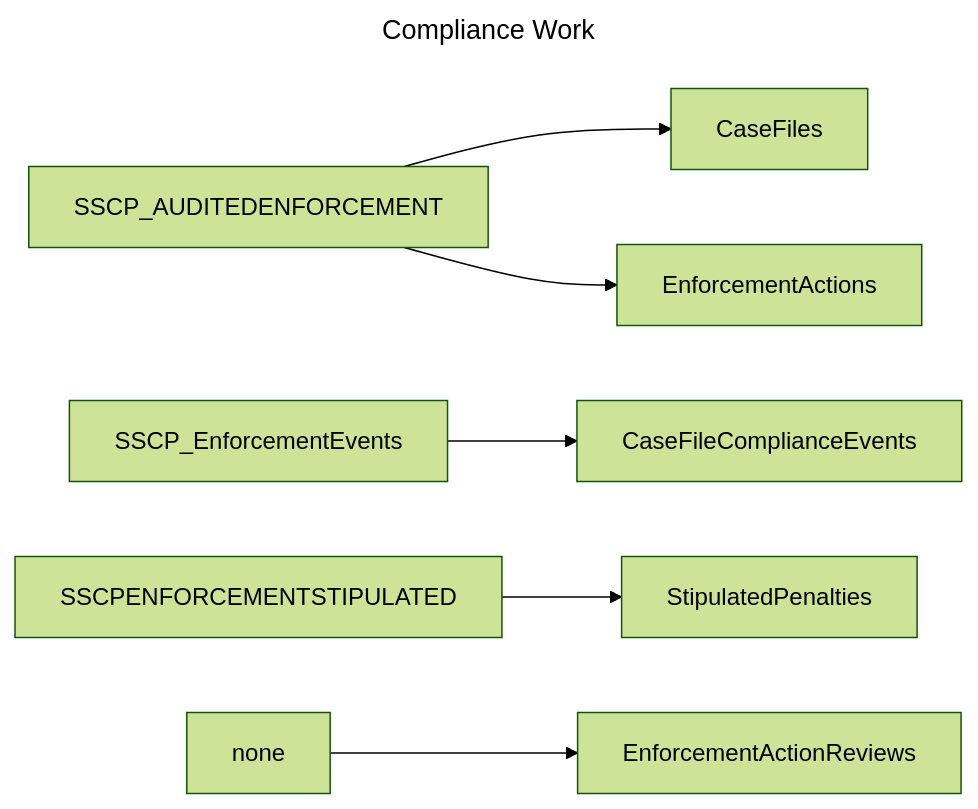
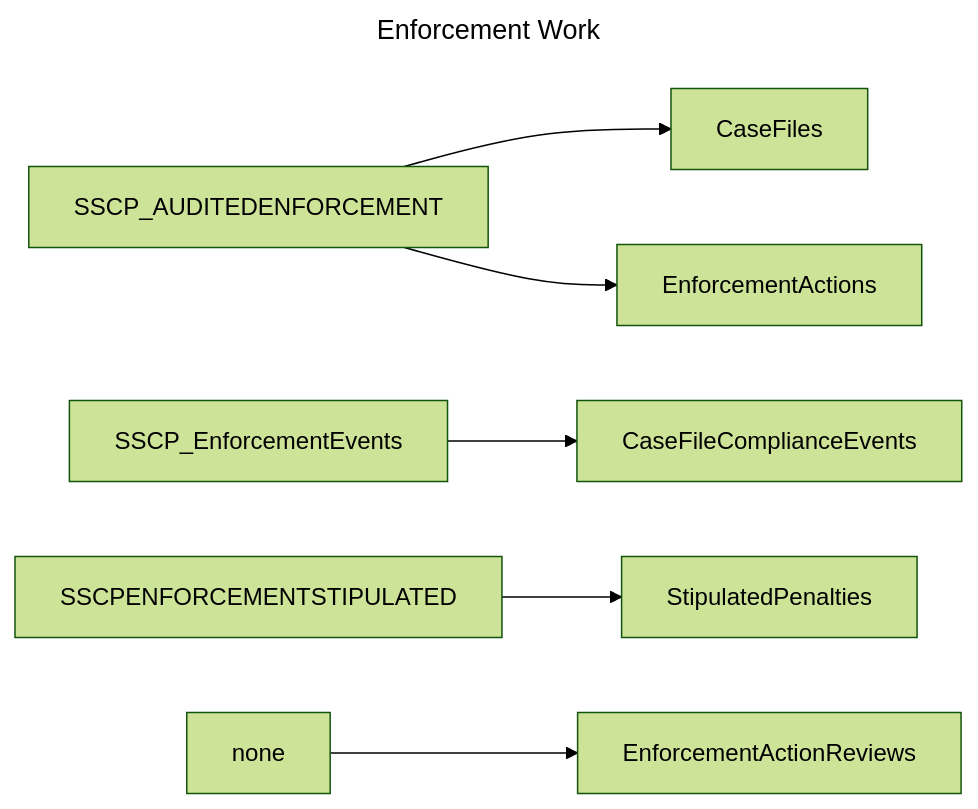
One commit to gaepdit/air-web changed the fourth of 5 diagrams in data-migration/data-migration-flow.md. Above: the diagram before and after it, drawn with Mermaid (forest theme). The commit also changed other lines of this file and 27 other files, not shown here.

````diff
--- a/data-migration/data-migration-flow.md
+++ b/data-migration/data-migration-flow.md
@@ -79,11 +79,11 @@
 ```mermaid
 ---
-title: Compliance Work
+title: Enforcement Work
 ---
 flowchart LR
     SSCP_AUDITEDENFORCEMENT --> CaseFiles
     SSCP_AUDITEDENFORCEMENT --> EnforcementActions
     SSCP_EnforcementEvents --> CaseFileComplianceEvents
     SSCPENFORCEMENTSTIPULATED --> StipulatedPenalties
     none --> EnforcementActionReviews
 ```
````
